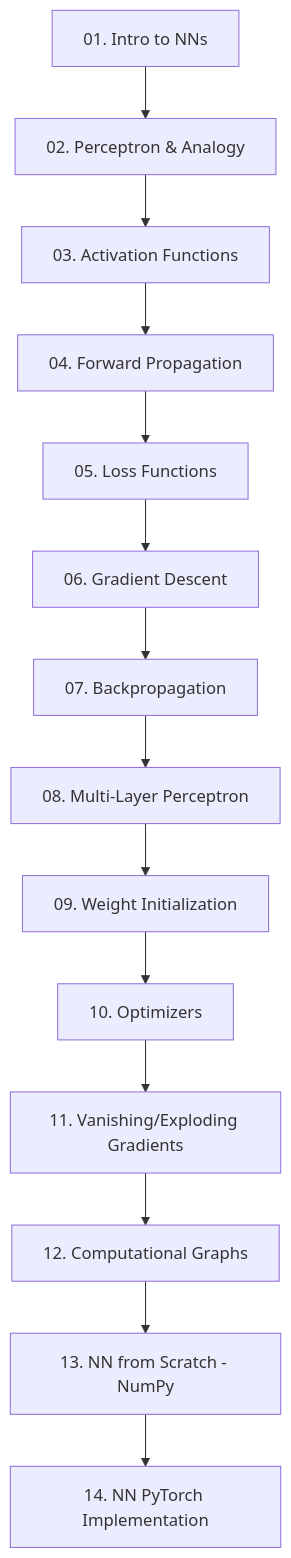
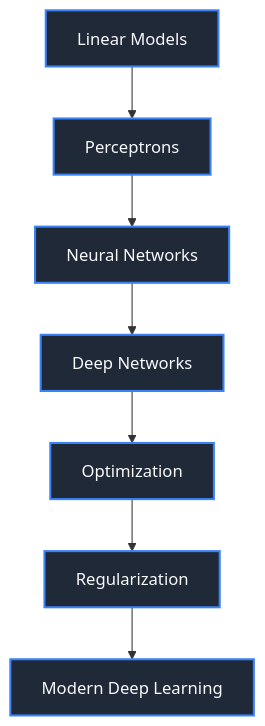
One commit to sandaruns2004/Full-ML-DL-CV-and-Data-Science-Roadmap changed the diagram in 06-Neural-Networks-Foundations/README.md. Above: the diagram before and after it, drawn with Mermaid. The commit also changed other lines of this file and 150 other files, not shown here.

````diff
--- a/06-Neural-Networks-Foundations/README.md
+++ b/06-Neural-Networks-Foundations/README.md
@@ -11,16 +20,11 @@
 ```mermaid
 graph TD
-    A[01. Intro to NNs] --> B[02. Perceptron & Analogy]
-    B --> C[03. Activation Functions]
-    C --> D[04. Forward Propagation]
-    D --> E[05. Loss Functions]
-    E --> F[06. Gradient Descent]
-    F --> G[07. Backpropagation]
-    G --> H[08. Multi-Layer Perceptron]
-    H --> I[09. Weight Initialization]
-    I --> J[10. Optimizers]
-    J --> K[11. Vanishing/Exploding Gradients]
-    K --> L[12. Computational Graphs]
-    L --> M[13. NN from Scratch - NumPy]
-    M --> N[14. NN PyTorch Implementation]
+    A[Linear Models] --> B[Perceptrons]
+    B --> C[Neural Networks]
+    C --> D[Deep Networks]
+    D --> E[Optimization]
+    E --> F[Regularization]
+    F --> G[Modern Deep Learning]
+    
+    classDef default fill:#1f2937,stroke:#3b82f6,stroke-width:2px,color:#f8fafc;
 ```
````
